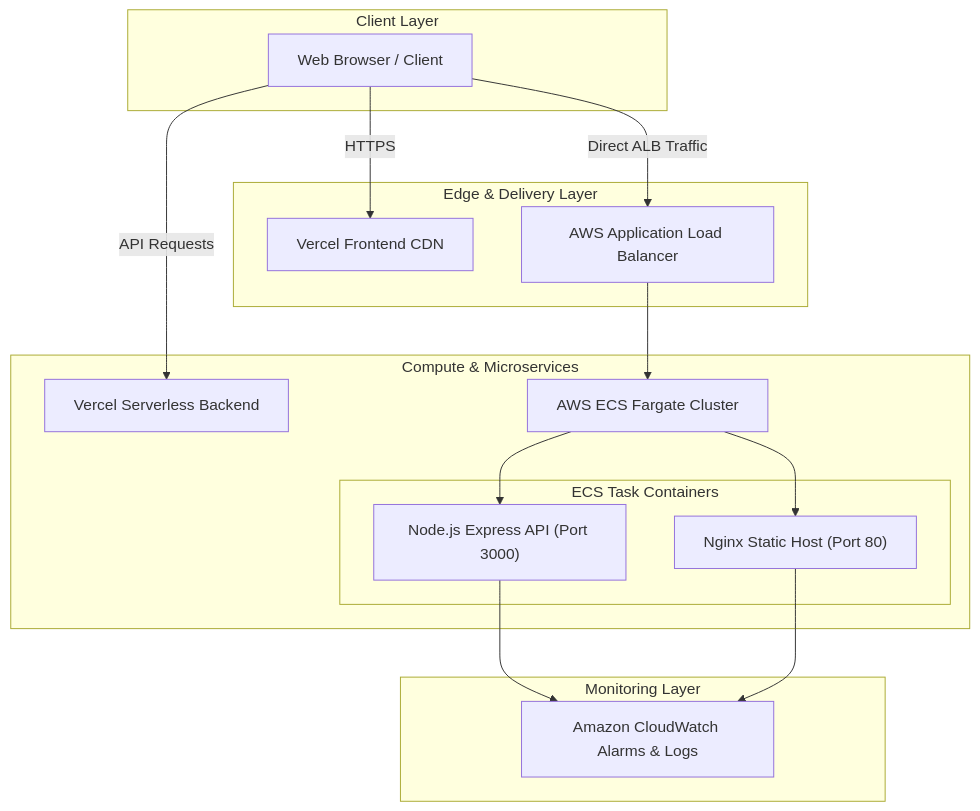
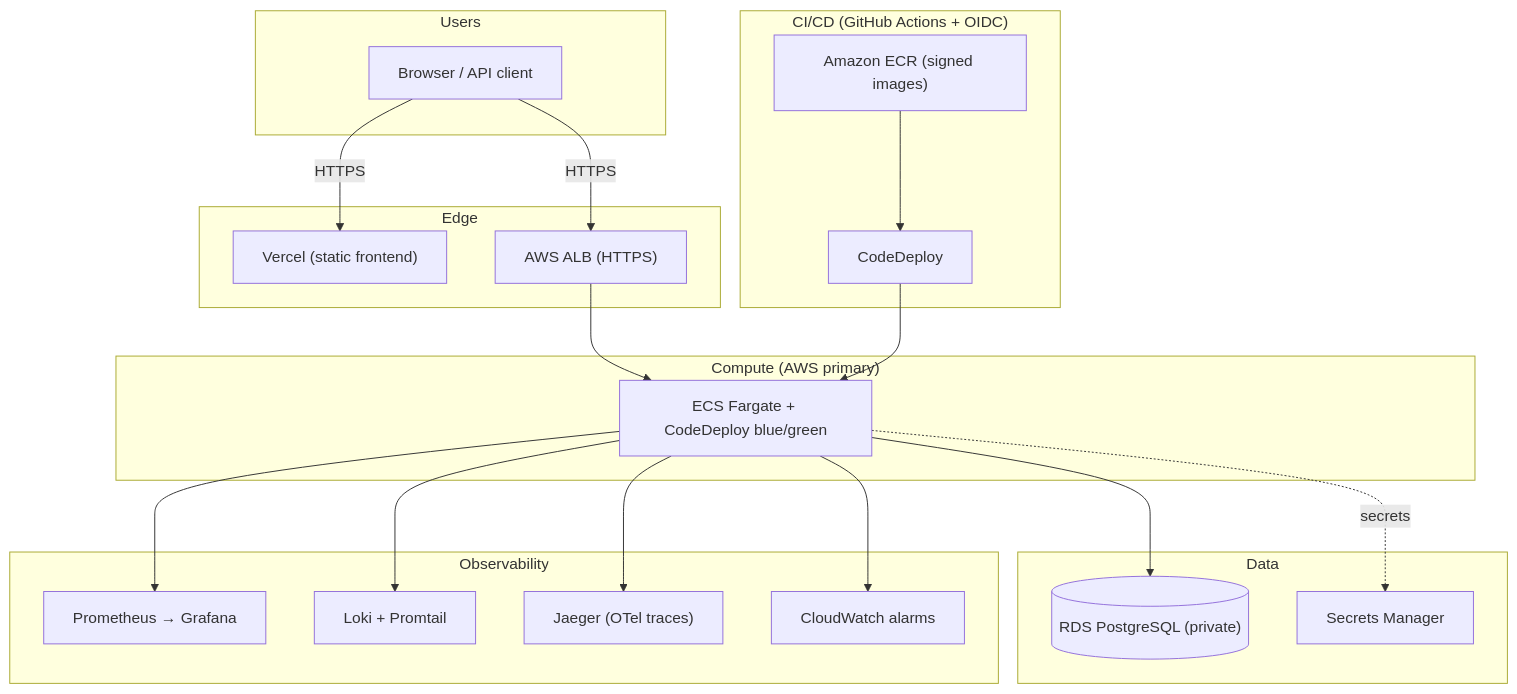
Before and after one commit to yashbaviskar15/cicd-pipeline: the diagram in README.md, drawn with Mermaid. The commit also changed other lines of this file and 13 other files, not shown here.

First line of the commit message:
docs: rewrite README and add architecture, security, ADRs and interview docs

````diff
--- a/README.md
+++ b/README.md
@@ -45,33 +56,42 @@
 ```mermaid
 flowchart TB
-    subgraph Clients["Client Layer"]
-        Browser["Web Browser / Client"]
+    subgraph Users["Users"]
+        Browser["Browser / API client"]
     end
 
-    subgraph CDN["Edge & Delivery Layer"]
-        VercelFront["Vercel Frontend CDN"]
-        ALB["AWS Application Load Balancer"]
+    subgraph Edge["Edge"]
+        Vercel["Vercel (static frontend)"]
+        ALB["AWS ALB (HTTPS)"]
     end
 
-    subgraph Services["Compute & Microservices"]
-        VercelBack["Vercel Serverless Backend"]
-        ECSFargate["AWS ECS Fargate Cluster"]
-        subgraph Tasks["ECS Task Containers"]
-            BackendContainer["Node.js Express API (Port 3000)"]
-            FrontendContainer["Nginx Static Host (Port 80)"]
-        end
+    subgraph Compute["Compute (AWS primary)"]
+        ECS["ECS Fargate + CodeDeploy blue/green"]
     end
 
-    subgraph Observability["Monitoring Layer"]
-        CloudWatch["Amazon CloudWatch Alarms & Logs"]
+    subgraph Data["Data"]
+        RDS[("RDS PostgreSQL (private)")]
+        SM["Secrets Manager"]
     end
 
-    Browser -->|HTTPS| VercelFront
-    Browser -->|API Requests| VercelBack
-    Browser -->|Direct ALB Traffic| ALB
-    ALB --> ECSFargate
-    ECSFargate --> BackendContainer
-    ECSFargate --> FrontendContainer
-    BackendContainer --> CloudWatch
-    FrontendContainer --> CloudWatch
+    subgraph Obs["Observability"]
+        Prom["Prometheus → Grafana"]
+        Loki["Loki + Promtail"]
+        Jaeger["Jaeger (OTel traces)"]
+        CW["CloudWatch alarms"]
+    end
+
+    subgraph CICD["CI/CD (GitHub Actions + OIDC)"]
+        ECR["Amazon ECR (signed images)"]
+        CD["CodeDeploy"]
+    end
+
+    Browser -->|HTTPS| Vercel
+    Browser -->|HTTPS| ALB --> ECS
+    ECS --> RDS
+    ECS -.->|secrets| SM
+    ECS --> CW
+    ECS --> Prom
+    ECS --> Loki
+    ECS --> Jaeger
+    ECR --> CD --> ECS
 ```
````
